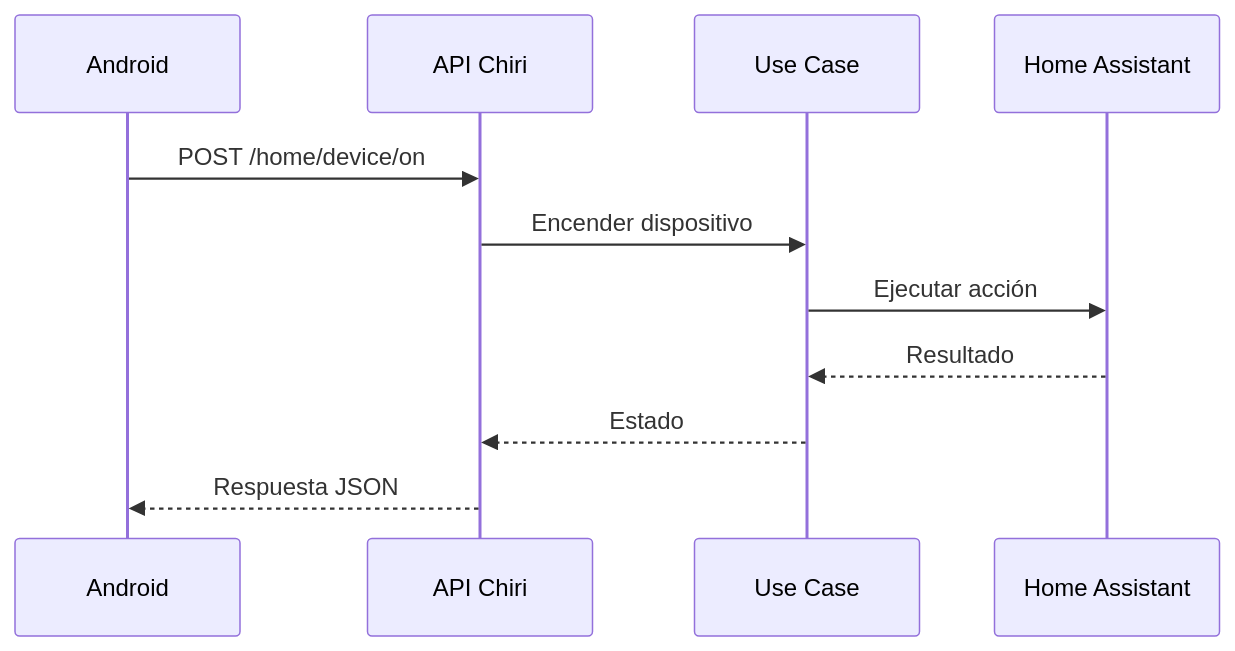
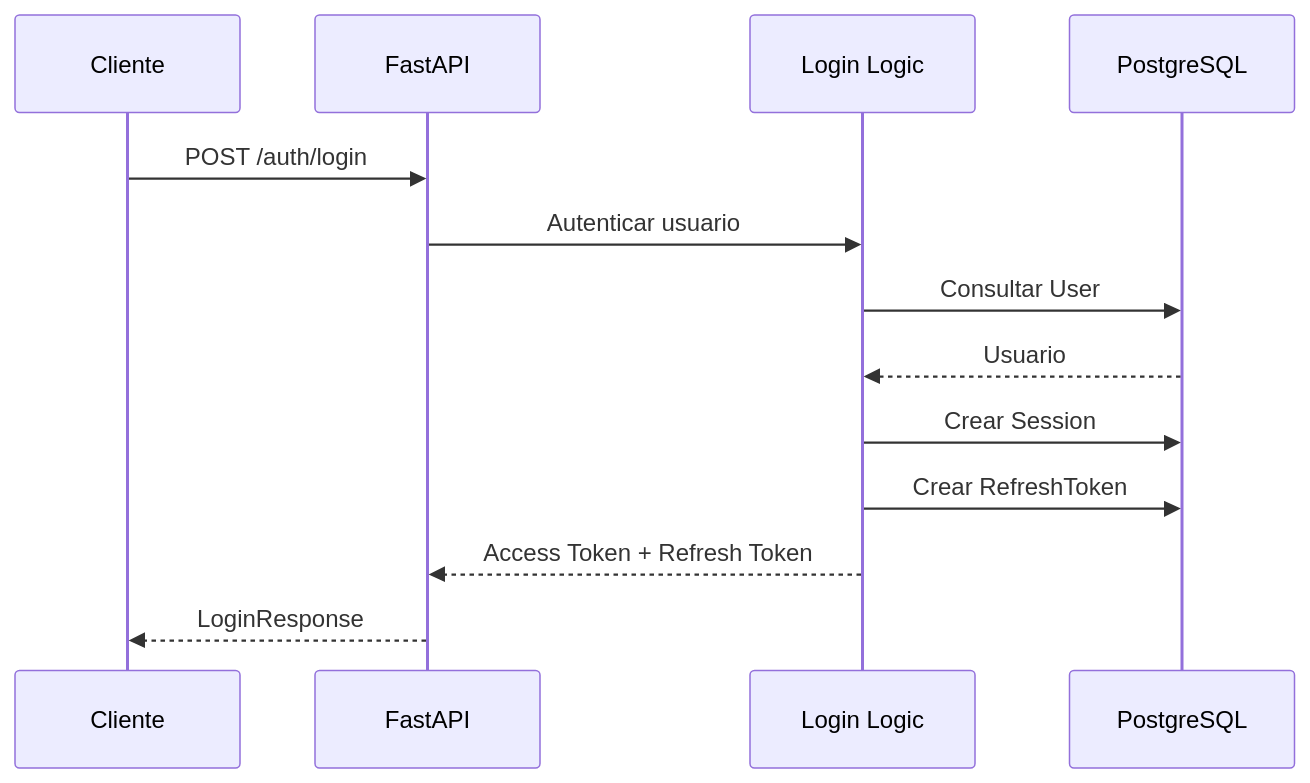
The fifth of 18 diagrams in docs/060_API.md (chirijose79-ui/Chiri), drawn with Mermaid before and after one commit. The commit also changed other lines of this file, not shown here.

Commit message:
docs: align API service layer with current implementation

````diff
--- a/docs/060_API.md
+++ b/docs/060_API.md
@@ -348,20 +390,17 @@
 ```mermaid id="4q8m7x"
 sequenceDiagram
 
-    participant A as Android
-    participant API as API Chiri
-    participant UC as Use Case
-    participant HA as Home Assistant
+    participant C as Cliente
+    participant API as FastAPI
+    participant App as Login Logic
+    participant DB as PostgreSQL
 
-    A->>API: POST /home/device/on
-
-    API->>UC: Encender dispositivo
-
-    UC->>HA: Ejecutar acción
-
-    HA-->>UC: Resultado
-
-    UC-->>API: Estado
-
-    API-->>A: Respuesta JSON
+    C->>API: POST /auth/login
+    API->>App: Autenticar usuario
+    App->>DB: Consultar User
+    DB-->>App: Usuario
+    App->>DB: Crear Session
+    App->>DB: Crear RefreshToken
+    App-->>API: Access Token + Refresh Token
+    API-->>C: LoginResponse
 ```
````
